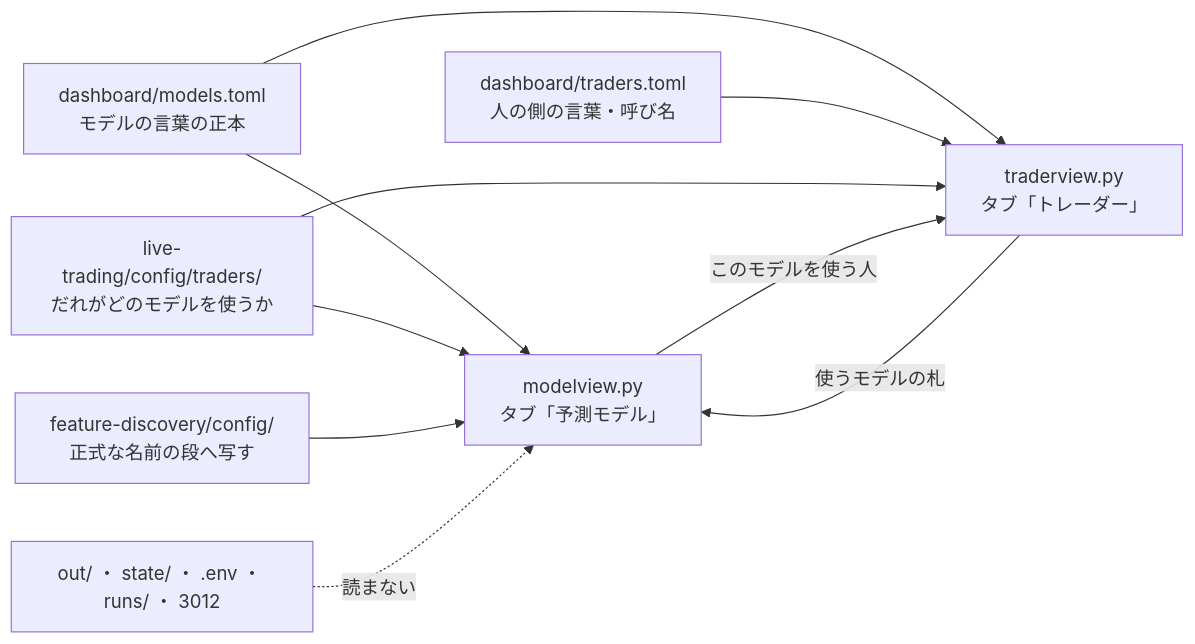
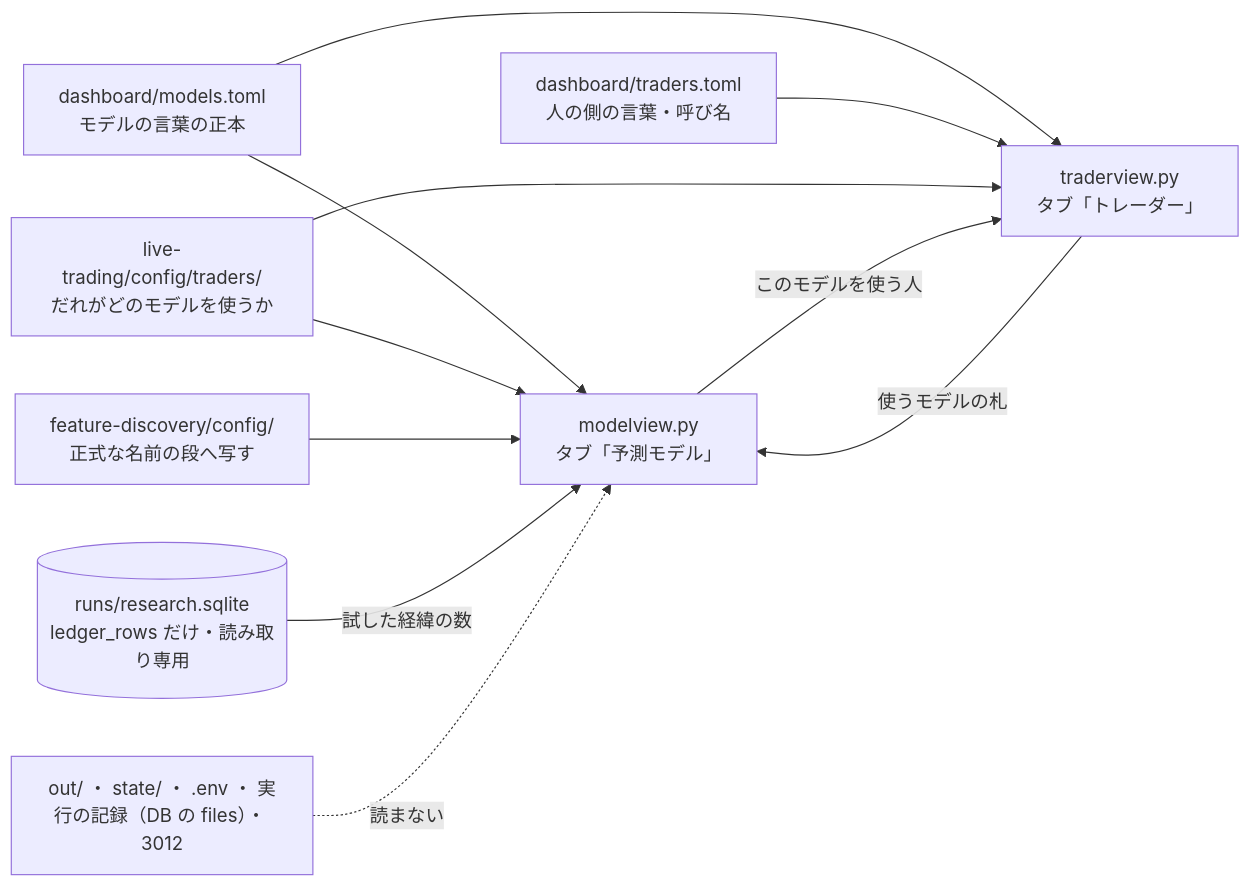
One commit to akiraak/ai-income-lab changed diagram 16 of 19 in docs/specs/dashboard.md. Above: the diagram before and after it, drawn with Mermaid. The commit also changed other lines of this file and 23 other files, not shown here.

````diff
--- a/docs/specs/dashboard.md
+++ b/docs/specs/dashboard.md
@@ -941,12 +943,13 @@
 ```mermaid
 flowchart LR
   M["dashboard/models.toml<br/>モデルの言葉の正本"] --> MV["modelview.py<br/>タブ「予測モデル」"]
   M --> TV["traderview.py<br/>タブ「トレーダー」"]
   W["dashboard/traders.toml<br/>人の側の言葉・呼び名"] --> TV
   C["live-trading/config/traders/<br/>だれがどのモデルを使うか"] --> TV
   C --> MV
   E["feature-discovery/config/<br/>正式な名前の段へ写す"] --> MV
   TV -- "使うモデルの札" --> MV
   MV -- "このモデルを使う人" --> TV
-  X["out/ ・ state/ ・ .env ・ runs/ ・ 3012"] -. "読まない" .-> MV
+  D[("runs/research.sqlite<br/>ledger_rows だけ・読み取り専用")] -- "試した経緯の数" --> MV
+  X["out/ ・ state/ ・ .env ・ 実行の記録（DB の files）・ 3012"] -. "読まない" .-> MV
 ```
````
